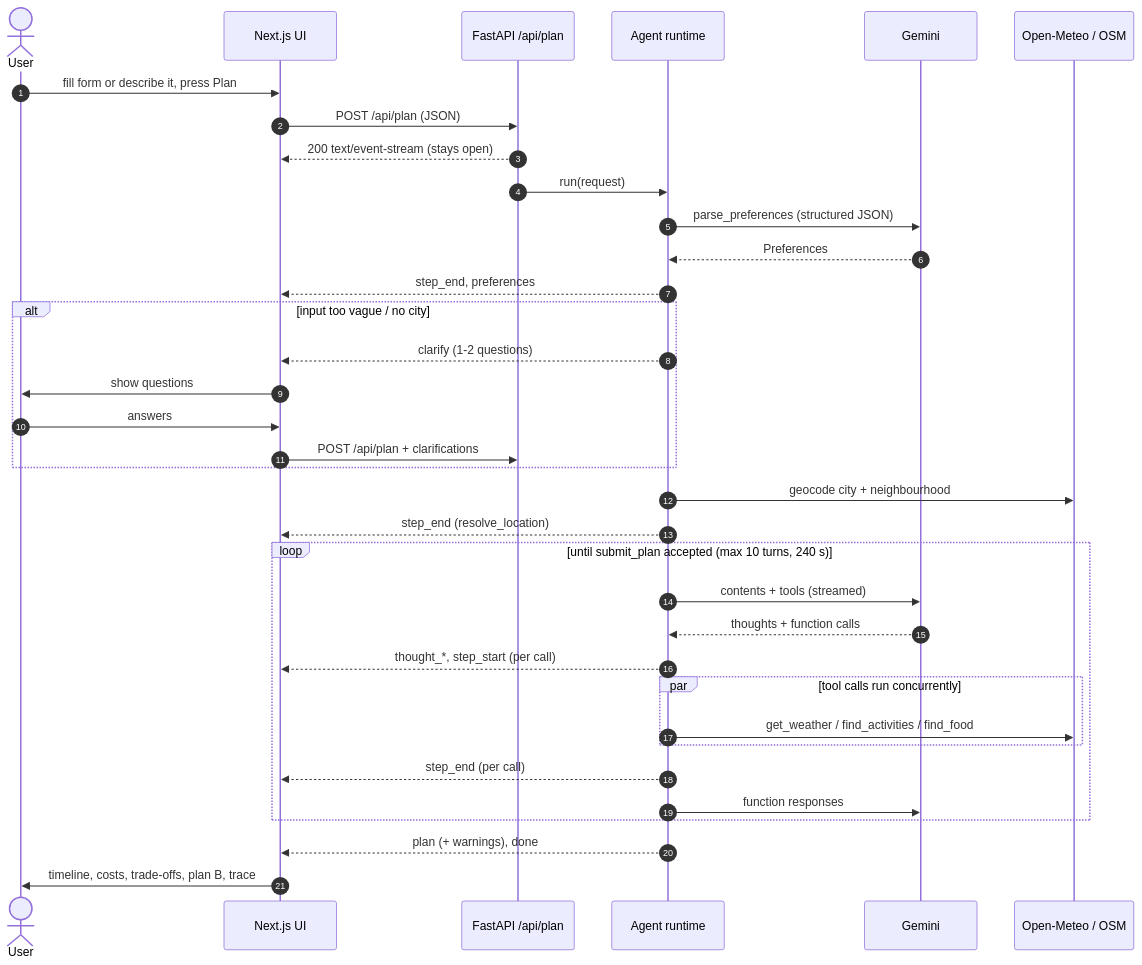
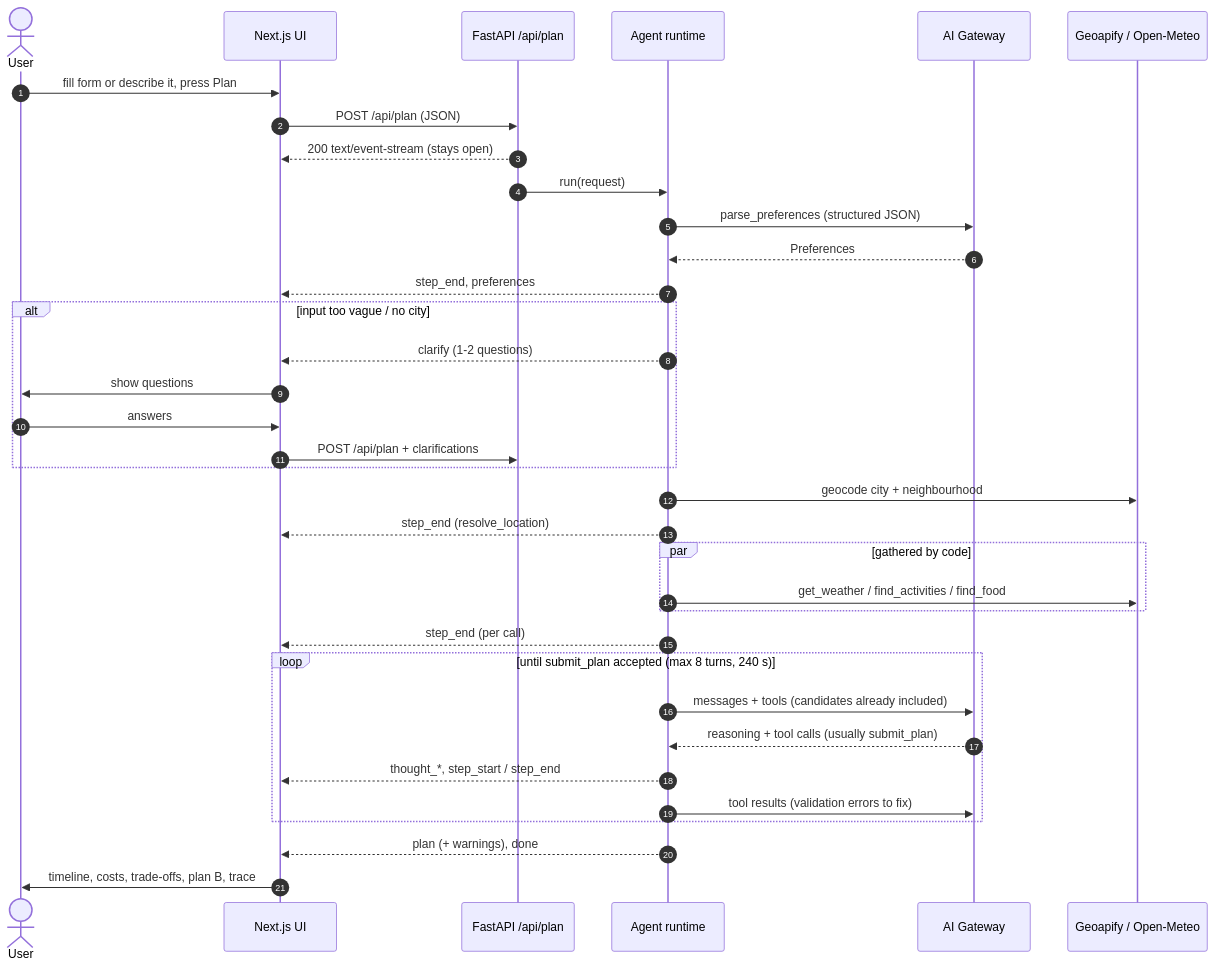
The second of 4 diagrams in docs/SYSTEM_DESIGN.md (valayash/perfect-saturday-planner), drawn with Mermaid before and after one commit. The commit also changed other lines of this file and 12 other files, not shown here.

````diff
--- a/docs/SYSTEM_DESIGN.md
+++ b/docs/SYSTEM_DESIGN.md
@@ -63,42 +63,42 @@
 ```mermaid
 sequenceDiagram
     autonumber
     actor User
     participant UI as Next.js UI
     participant API as FastAPI /api/plan
     participant Agent as Agent runtime
-    participant Gemini
-    participant Data as Open-Meteo / OSM
+    participant LLM as AI Gateway
+    participant Data as Geoapify / Open-Meteo
 
     User->>UI: fill form or describe it, press Plan
     UI->>API: POST /api/plan (JSON)
     API-->>UI: 200 text/event-stream (stays open)
     API->>Agent: run(request)
 
-    Agent->>Gemini: parse_preferences (structured JSON)
-    Gemini-->>Agent: Preferences
+    Agent->>LLM: parse_preferences (structured JSON)
+    LLM-->>Agent: Preferences
     Agent-->>UI: step_end, preferences
     alt input too vague / no city
         Agent-->>UI: clarify (1-2 questions)
         UI->>User: show questions
         User->>UI: answers
         UI->>API: POST /api/plan + clarifications
     end
 
     Agent->>Data: geocode city + neighbourhood
     Agent-->>UI: step_end (resolve_location)
+    par gathered by code
+        Agent->>Data: get_weather / find_activities / find_food
+    end
+    Agent-->>UI: step_end (per call)
 
-    loop until submit_plan accepted (max 10 turns, 240 s)
-        Agent->>Gemini: contents + tools (streamed)
-        Gemini-->>Agent: thoughts + function calls
-        Agent-->>UI: thought_*, step_start (per call)
-        par tool calls run concurrently
-            Agent->>Data: get_weather / find_activities / find_food
-        end
-        Agent-->>UI: step_end (per call)
-        Agent->>Gemini: function responses
+    loop until submit_plan accepted (max 8 turns, 240 s)
+        Agent->>LLM: messages + tools (candidates already included)
+        LLM-->>Agent: reasoning + tool calls (usually submit_plan)
+        Agent-->>UI: thought_*, step_start / step_end
+        Agent->>LLM: tool results (validation errors to fix)
     end
 
     Agent-->>UI: plan (+ warnings), done
     UI->>User: timeline, costs, trade-offs, plan B, trace
 ```
````
